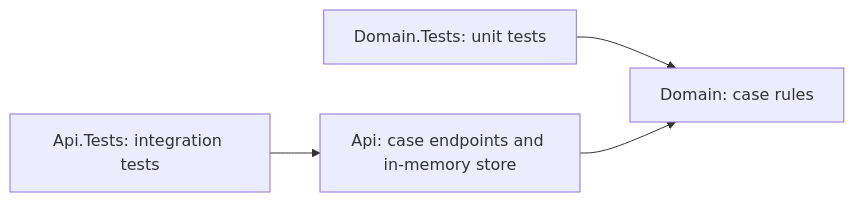
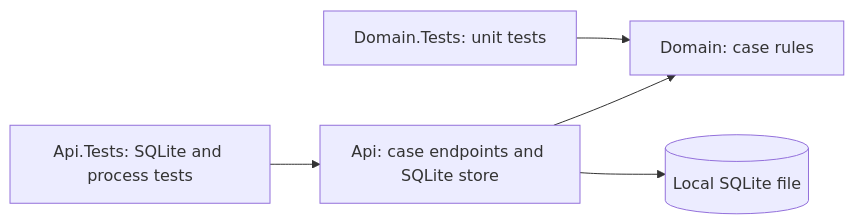
One commit to shivamchopra/enterprise-case-intelligence changed the diagram in README.md. Above: the diagram before and after it, drawn with Mermaid. The commit also changed other lines of this file and 30 other files, not shown here.

Commit message:
feat: persist local cases with SQLite and recovery checks

````diff
--- a/README.md
+++ b/README.md
@@ -42,6 +43,7 @@
 ```mermaid
 flowchart LR
-    ApiTests[Api.Tests: integration tests] --> Api[Api: case endpoints and in-memory store]
+    ApiTests[Api.Tests: SQLite and process tests] --> Api[Api: case endpoints and SQLite store]
     DomainTests[Domain.Tests: unit tests] --> Domain[Domain: case rules]
     Api --> Domain
+    Api --> Database[(Local SQLite file)]
 ```
````
